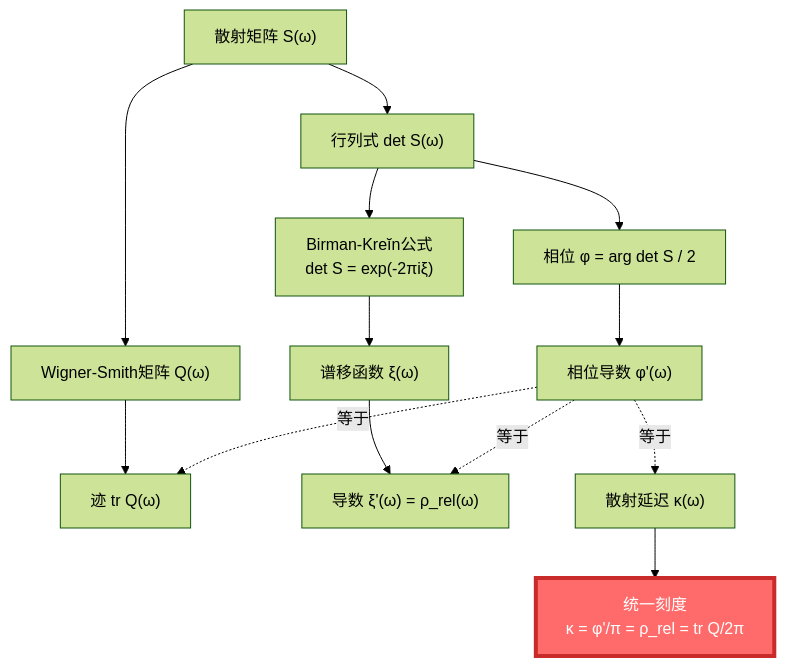
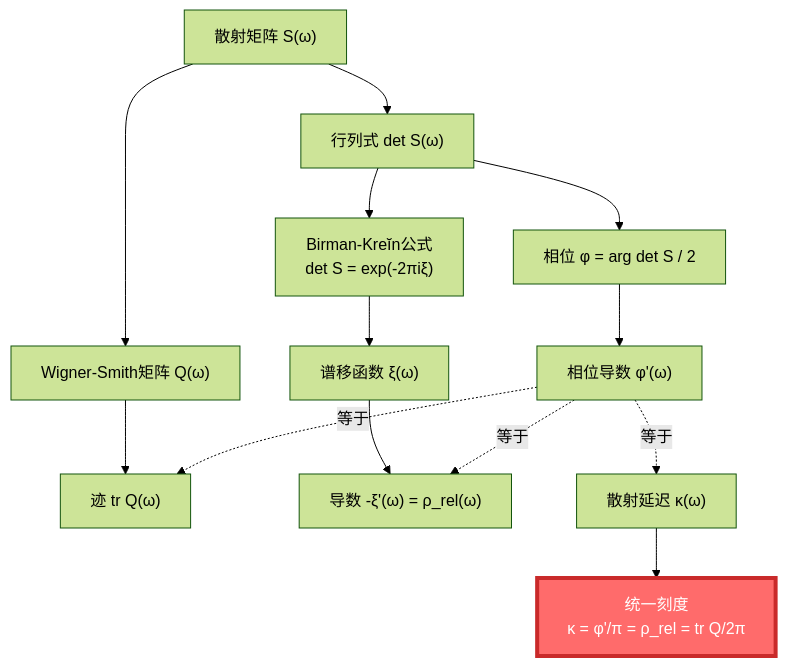
Before and after one commit to loning/zeckendorf-hilbert: the seventh of 12 diagrams in docs/euler-article/gls-union/02-core-ideas/06-unity-of-five.md, drawn with Mermaid (forest theme). The commit also changed other lines of this file and 6 other files, not shown here.

````diff
--- a/docs/euler-article/gls-union/02-core-ideas/06-unity-of-five.md
+++ b/docs/euler-article/gls-union/02-core-ideas/06-unity-of-five.md
@@ -284,21 +284,21 @@
 ```mermaid
 graph TB
     S["散射矩阵 S(ω)"] --> Det["行列式 det S(ω)"]
     Det --> Phase["相位 φ = arg det S / 2"]
     Phase --> Deriv1["相位导数 φ'(ω)"]
 
     S --> Q["Wigner-Smith矩阵 Q(ω)"]
     Q --> Trace["迹 tr Q(ω)"]
 
     Det --> BK["Birman-Kreĭn公式<br/>det S = exp(-2πiξ)"]
     BK --> Xi["谱移函数 ξ(ω)"]
-    Xi --> Deriv2["导数 ξ'(ω) = ρ_rel(ω)"]
+    Xi --> Deriv2["导数 -ξ'(ω) = ρ_rel(ω)"]
 
     Deriv1 -.等于.-> Trace
     Deriv1 -.等于.-> Deriv2
     Deriv1 -.等于.-> Kappa["散射延迟 κ(ω)"]
 
     Kappa --> Unity["统一刻度<br/>κ = φ'/π = ρ_rel = tr Q/2π"]
 
     style Unity fill:#ff6b6b,stroke:#c92a2a,stroke-width:4px,color:#fff
 ```
````
